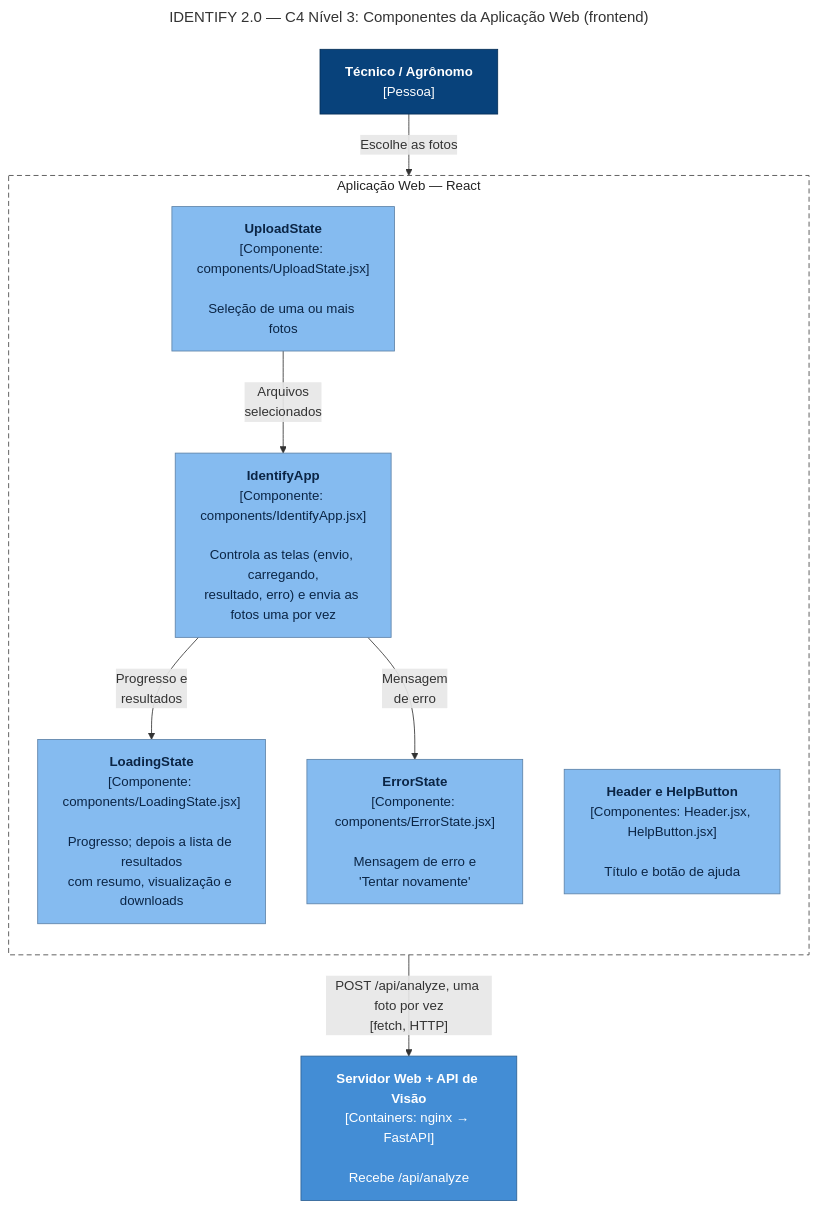
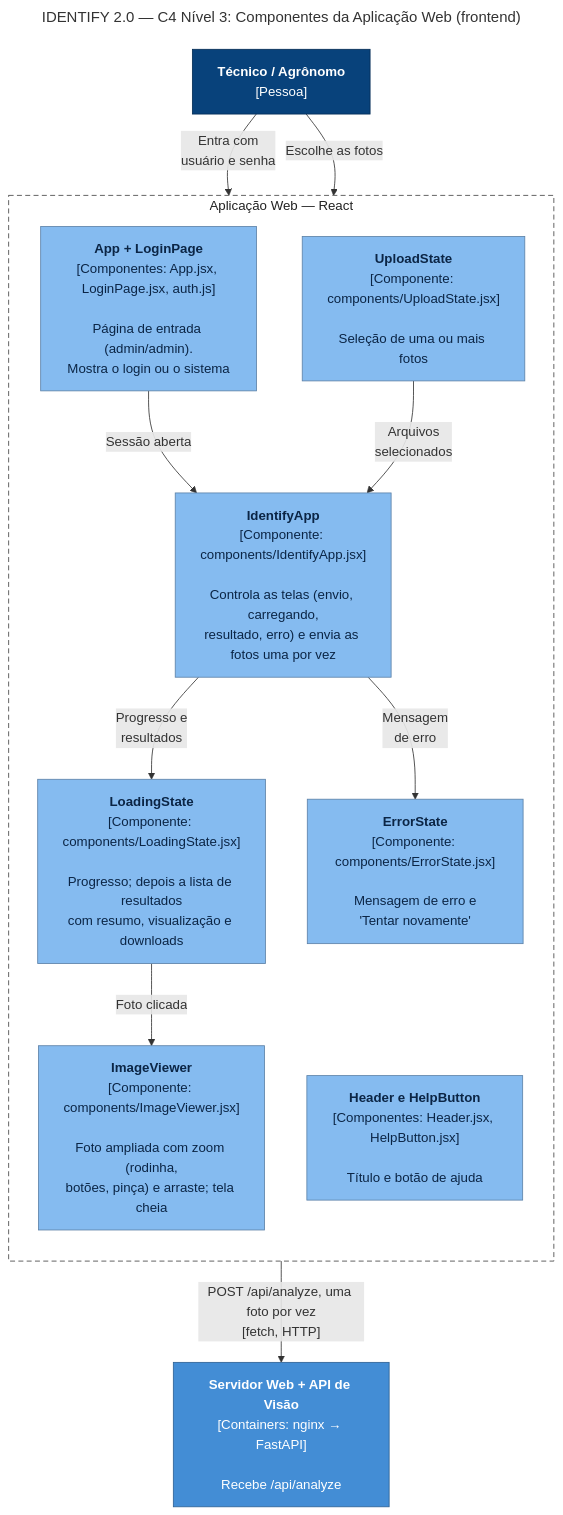
One commit to f-lrz/Identify2.0_docker changed the diagram in docs/diagramas/c4-3-componentes-frontend.mmd. Above: the diagram before and after it, drawn with Mermaid. The commit also changed 30 other files, not shown here.

First line of the commit message:
Login simples (admin/admin) e zoom na foto ampliada

```diff
--- a/docs/diagramas/c4-3-componentes-frontend.mmd
+++ b/docs/diagramas/c4-3-componentes-frontend.mmd
@@ -1,33 +1,38 @@
 ---
 title: "IDENTIFY 2.0 — C4 Nível 3: Componentes da Aplicação Web (frontend)"
 ---
 flowchart TB
   tecnico["<b>Técnico / Agrônomo</b><br/>[Pessoa]"]
 
   subgraph spa["Aplicação Web — React"]
     direction TB
+    login["<b>App + LoginPage</b><br/>[Componentes: App.jsx, LoginPage.jsx, auth.js]<br/><br/>Página de entrada (admin/admin).<br/>Mostra o login ou o sistema"]
     upload["<b>UploadState</b><br/>[Componente: components/UploadState.jsx]<br/><br/>Seleção de uma ou mais fotos"]
     app["<b>IdentifyApp</b><br/>[Componente: components/IdentifyApp.jsx]<br/><br/>Controla as telas (envio, carregando,<br/>resultado, erro) e envia as fotos uma por vez"]
     resultado["<b>LoadingState</b><br/>[Componente: components/LoadingState.jsx]<br/><br/>Progresso; depois a lista de resultados<br/>com resumo, visualização e downloads"]
+    viewer["<b>ImageViewer</b><br/>[Componente: components/ImageViewer.jsx]<br/><br/>Foto ampliada com zoom (rodinha,<br/>botões, pinça) e arraste; tela cheia"]
     erro["<b>ErrorState</b><br/>[Componente: components/ErrorState.jsx]<br/><br/>Mensagem de erro e<br/>'Tentar novamente'"]
     extras["<b>Header e HelpButton</b><br/>[Componentes: Header.jsx, HelpButton.jsx]<br/><br/>Título e botão de ajuda"]
   end
 
   api["<b>Servidor Web + API de Visão</b><br/>[Containers: nginx → FastAPI]<br/><br/>Recebe /api/analyze"]
 
+  tecnico -- "Entra com<br/>usuário e senha" --> login
+  login -- "Sessão aberta" --> app
   tecnico -- "Escolhe as fotos" --> upload
   upload -- "Arquivos<br/>selecionados" --> app
   app -- "POST /api/analyze, uma foto por vez<br/>[fetch, HTTP]" --> api
   app -- "Progresso e<br/>resultados" --> resultado
   app -- "Mensagem<br/>de erro" --> erro
+  resultado -- "Foto clicada" --> viewer
 
   classDef pessoa fill:#08427b,stroke:#052e56,color:#ffffff
   classDef sistema fill:#1168bd,stroke:#0b4884,color:#ffffff
   classDef externo fill:#999999,stroke:#6b6b6b,color:#ffffff
   classDef container fill:#438dd5,stroke:#2e6295,color:#ffffff
   classDef componente fill:#85bbf0,stroke:#5d82a8,color:#0b2545
   classDef fronteira fill:none,stroke:#444444,stroke-dasharray:6 4,color:#222222
   class tecnico pessoa
-  class upload,app,resultado,erro,extras componente
+  class login,upload,app,resultado,viewer,erro,extras componente
   class api container
   class spa fronteira
```
